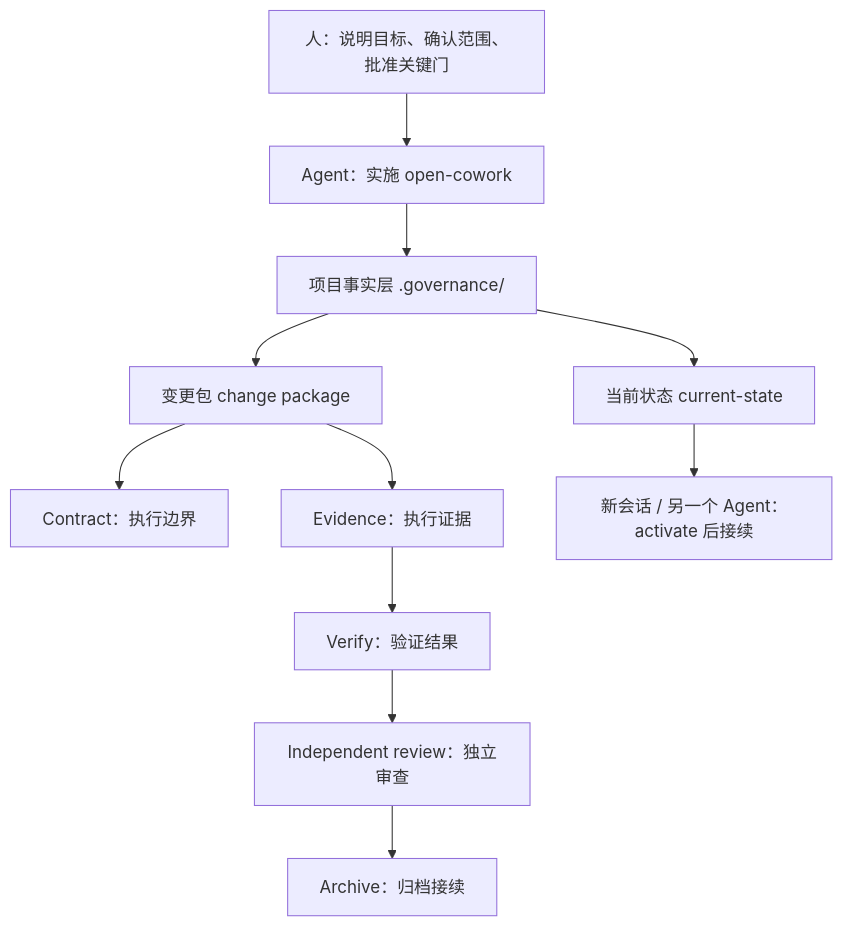
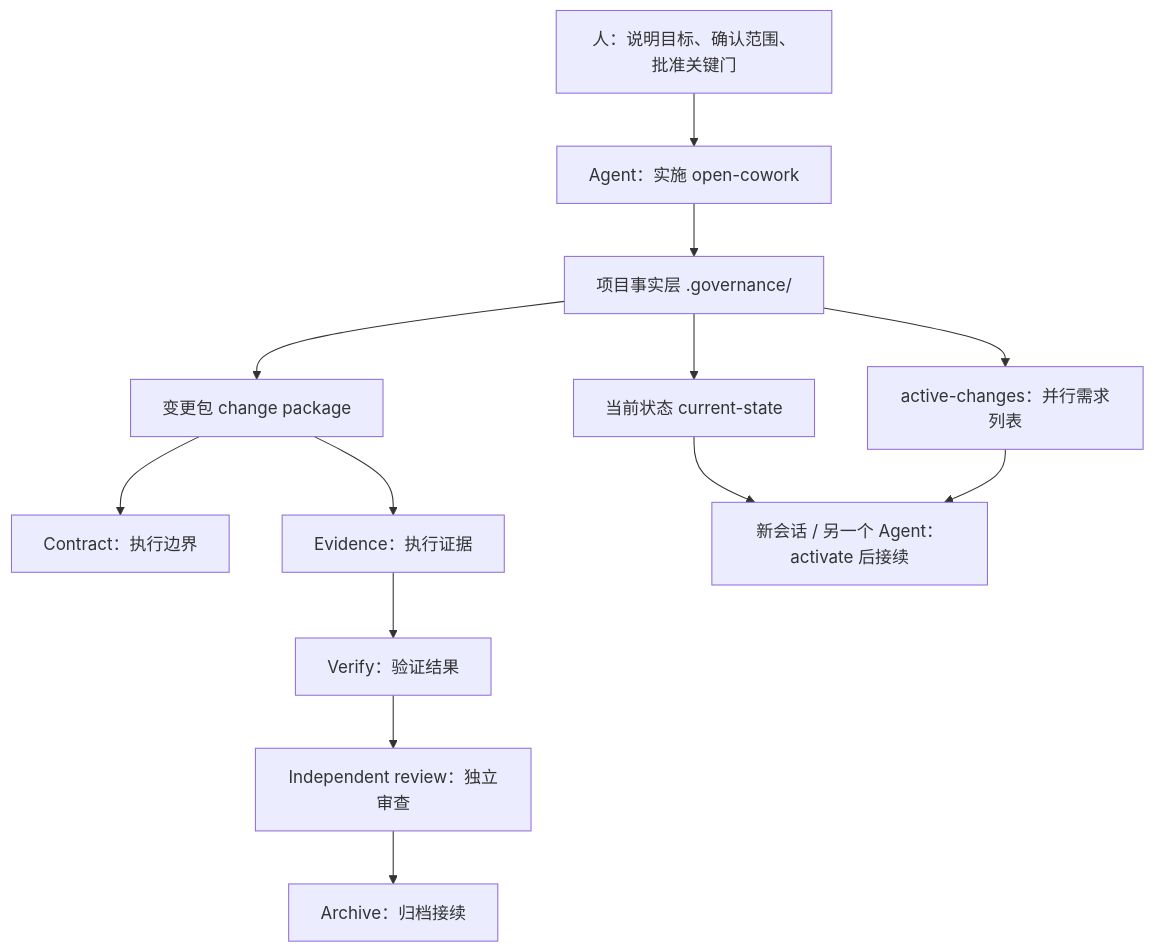
The diagram in README.md (moyage/open-cowork), drawn with Mermaid before and after one commit. The commit also changed other lines of this file and 25 other files, not shown here.

````diff
--- a/README.md
+++ b/README.md
@@ -29,13 +23,15 @@
 ```mermaid
 flowchart TD
     Human["人：说明目标、确认范围、批准关键门"] --> Agent["Agent：实施 open-cowork"]
     Agent --> Facts["项目事实层 .governance/"]
     Facts --> State["当前状态 current-state"]
     Facts --> Change["变更包 change package"]
     Change --> Contract["Contract：执行边界"]
     Change --> Evidence["Evidence：执行证据"]
     Evidence --> Verify["Verify：验证结果"]
     Verify --> Review["Independent review：独立审查"]
     Review --> Archive["Archive：归档接续"]
     State --> NextAgent["新会话 / 另一个 Agent：activate 后接续"]
+    Facts --> Active["active-changes：并行需求列表"]
+    Active --> NextAgent
 ```
````
